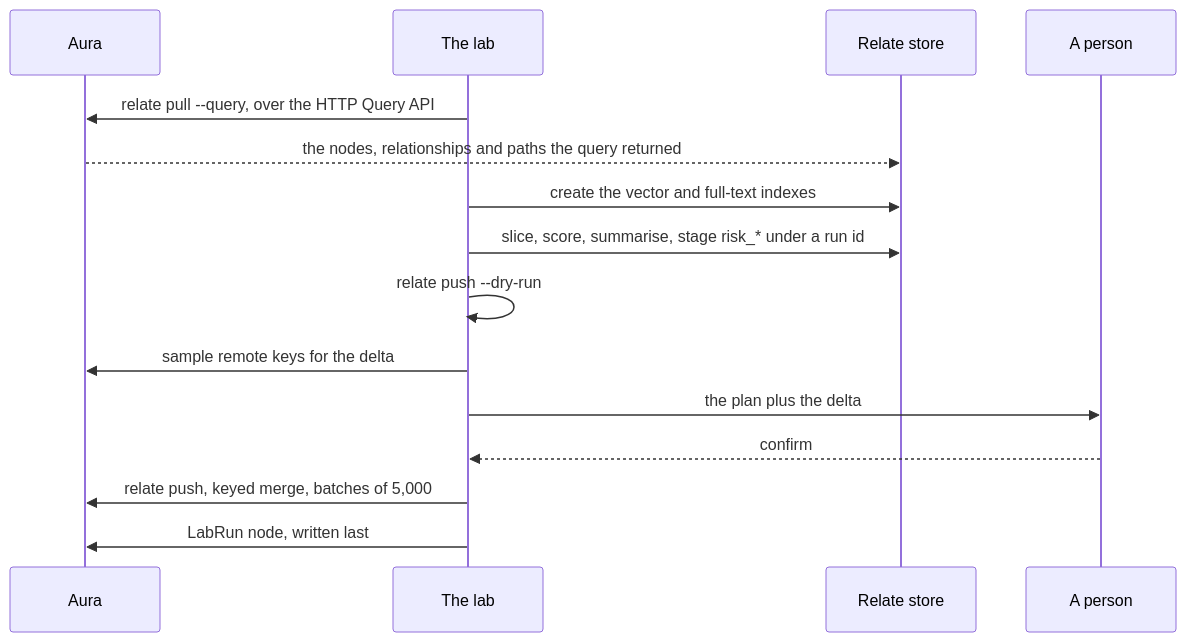
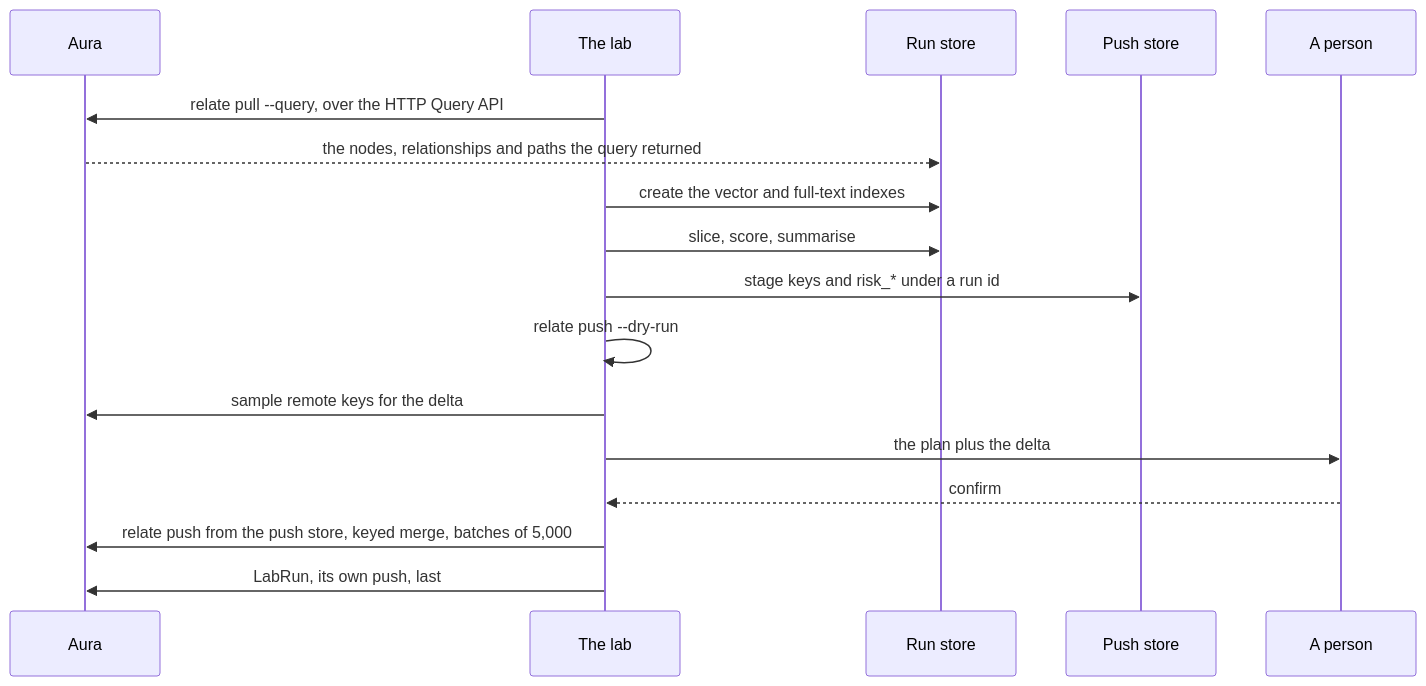
Before and after one commit to EastridgeAnalytics/subgraph-lab: the diagram in architecture-docs/01-the-round-trip.md, drawn with Mermaid. The commit also changed other lines of this file and 143 other files, not shown here.

````diff
--- a/architecture-docs/01-the-round-trip.md
+++ b/architecture-docs/01-the-round-trip.md
@@ -6,17 +7,19 @@
 ```mermaid
 sequenceDiagram
   participant A as Aura
   participant L as The lab
-  participant R as Relate store
+  participant R as Run store
+  participant S as Push store
   participant P as A person
   L->>A: relate pull --query, over the HTTP Query API
   A-->>R: the nodes, relationships and paths the query returned
   L->>R: create the vector and full-text indexes
-  L->>R: slice, score, summarise, stage risk_* under a run id
+  L->>R: slice, score, summarise
+  L->>S: stage keys and risk_* under a run id
   L->>L: relate push --dry-run
   L->>A: sample remote keys for the delta
   L->>P: the plan plus the delta
   P-->>L: confirm
-  L->>A: relate push, keyed merge, batches of 5,000
-  L->>A: LabRun node, written last
+  L->>A: relate push from the push store, keyed merge, batches of 5,000
+  L->>A: LabRun, its own push, last
 ```
````
